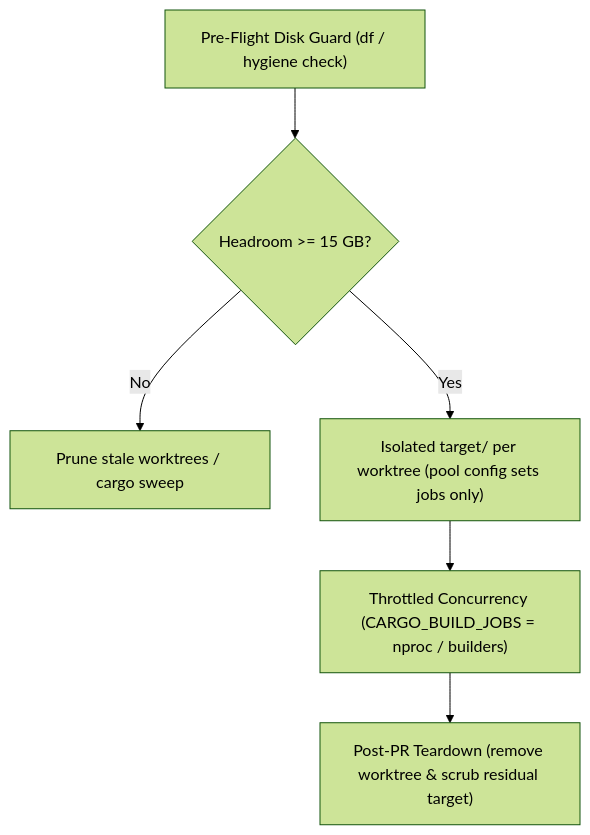
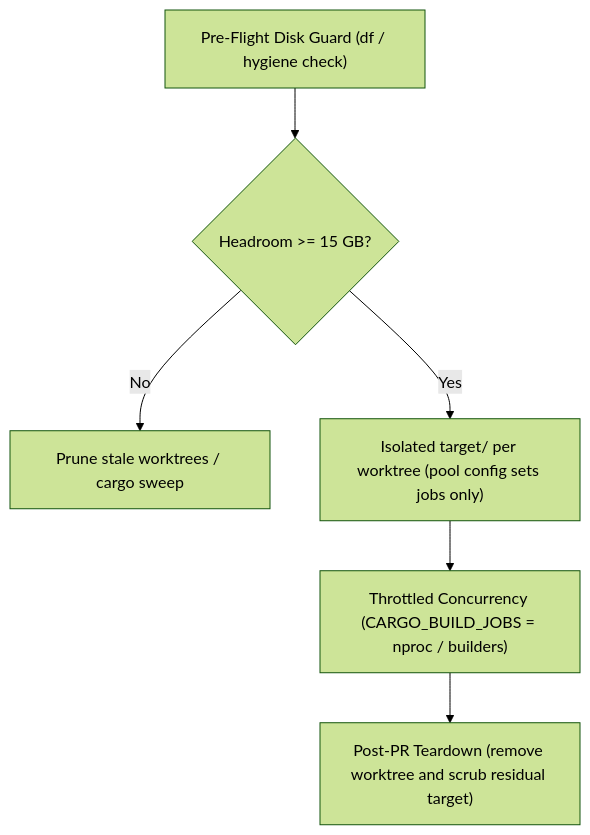
One commit to sirius-cc-wu/sirius-skills changed the diagram in skills/cargo-worktree-hygiene/SKILL.md. Above: the diagram before and after it, drawn with Mermaid (forest theme). The commit also changed 13 other files, not shown here.

````diff
--- a/skills/cargo-worktree-hygiene/SKILL.md
+++ b/skills/cargo-worktree-hygiene/SKILL.md
@@ -29,8 +29,8 @@
 ```mermaid
 flowchart TD
     A["Pre-Flight Disk Guard (df / hygiene check)"] --> B{"Headroom >= 15 GB?"}
     B -- No --> C["Prune stale worktrees / cargo sweep"]
     B -- Yes --> D["Isolated target/ per worktree (pool config sets jobs only)"]
     D --> E["Throttled Concurrency (CARGO_BUILD_JOBS = nproc / builders)"]
-    E --> F["Post-PR Teardown (remove worktree & scrub residual target)"]
+    E --> F["Post-PR Teardown (remove worktree and scrub residual target)"]
 ```
````
